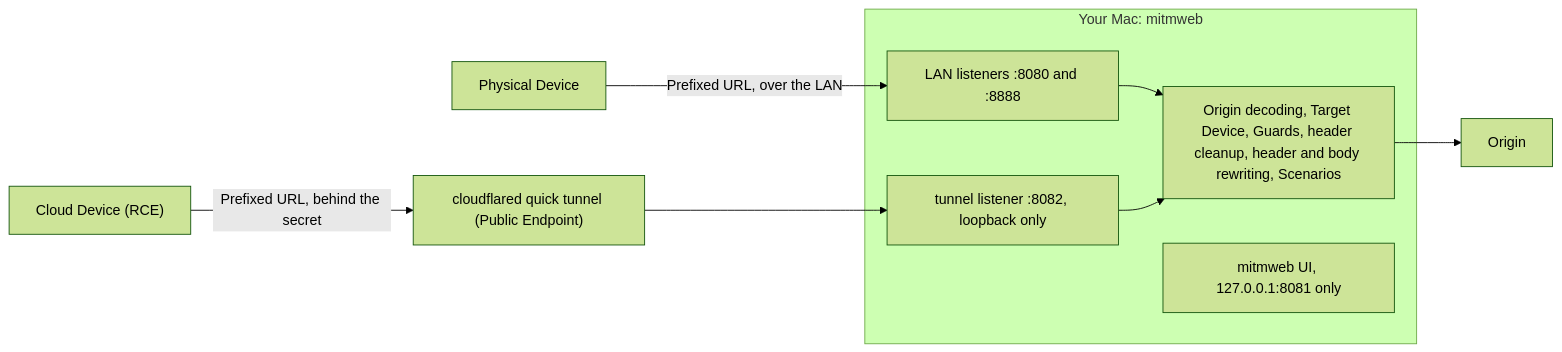
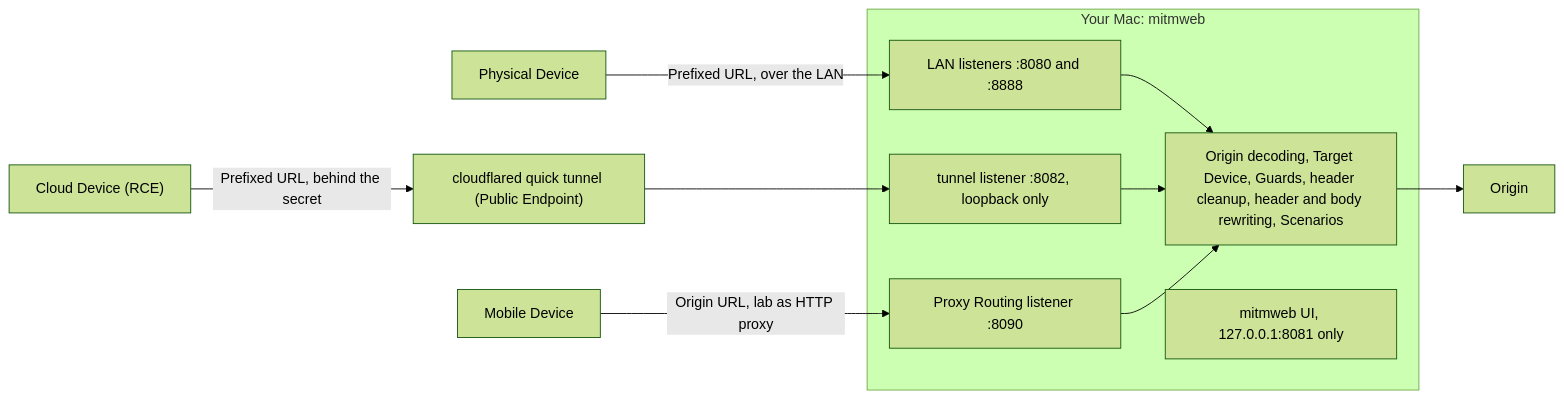
The diagram in README.md (oscarsanchez/roxy), drawn with Mermaid (forest theme) before and after one commit. The commit also changed other lines of this file and 6 other files, not shown here.

First line of the commit message:
docs: Mobile Devices how-to and Proxy Routing

````diff
--- a/README.md
+++ b/README.md
@@ -17,15 +18,18 @@
 ```mermaid
 flowchart LR
   PD["Physical Device"] -- "Prefixed URL, over the LAN" --> LAN
   CD["Cloud Device (RCE)"] -- "Prefixed URL, behind the secret" --> CF["cloudflared quick tunnel (Public Endpoint)"]
+  MD["Mobile Device"] -- "Origin URL, lab as HTTP proxy" --> PR
   CF --> TUN
   subgraph Mac["Your Mac: mitmweb"]
     LAN["LAN listeners :8080 and :8888"]
     TUN["tunnel listener :8082, loopback only"]
+    PR["Proxy Routing listener :8090"]
     CHAIN["Origin decoding, Target Device, Guards, header cleanup, header and body rewriting, Scenarios"]
     UI["mitmweb UI, 127.0.0.1:8081 only"]
     LAN --> CHAIN
     TUN --> CHAIN
+    PR --> CHAIN
   end
   CHAIN --> O["Origin"]
 ```
````
